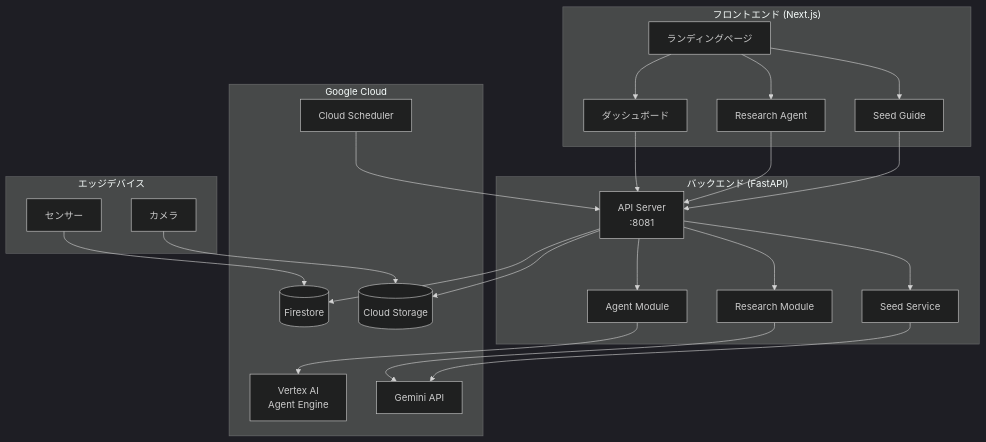
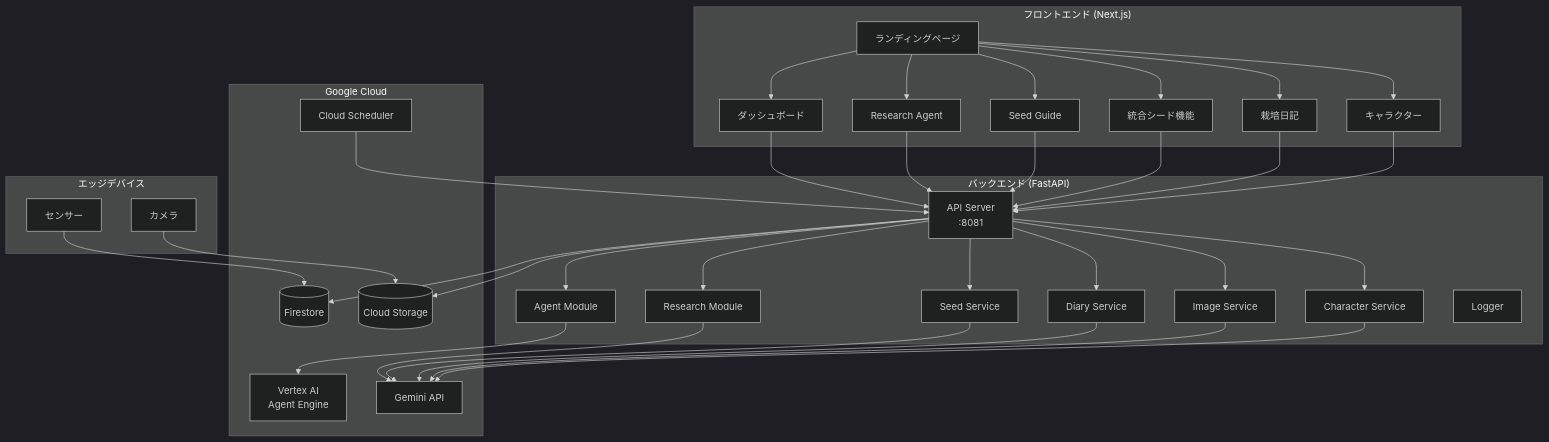
Before and after one commit to ai-agentic-hackathon-4/ai-batake-app: the first of 4 diagrams in README.md, drawn with Mermaid (dark theme). The commit also changed other lines of this file and 8 other files, not shown here.

Commit message:
feat: Introduce AI character generation, unified seed feature, automated daily growing diary, and update testing framework and documentation.

````diff
--- a/README.md
+++ b/README.md
@@ -137,53 +147,72 @@
 ```mermaid
 graph TB
     subgraph "フロントエンド (Next.js)"
         LP[ランディングページ]
         DB[ダッシュボード]
         RA[Research Agent]
         SG[Seed Guide]
+        UNI[統合シード機能]
+        DIARY[栽培日記]
+        CHAR[キャラクター]
     end
 
     subgraph "バックエンド (FastAPI)"
         API[API Server<br/>:8081]
         AGT[Agent Module]
         RES[Research Module]
         SEED[Seed Service]
+        DSVC[Diary Service]
+        ISVC[Image Service]
+        CSVC[Character Service]
+        LOG[Logger]
     end
 
     subgraph "Google Cloud"
         FS[(Firestore)]
         GCS[(Cloud Storage)]
         VAI[Vertex AI<br/>Agent Engine]
         GEM[Gemini API]
         SCH[Cloud Scheduler]
     end
 
     subgraph "エッジデバイス"
         SENS[センサー]
         CAM[カメラ]
     end
 
     LP --> DB
     LP --> RA
     LP --> SG
+    LP --> UNI
+    LP --> DIARY
+    LP --> CHAR
 
     DB --> API
     RA --> API
     SG --> API
+    UNI --> API
+    DIARY --> API
+    CHAR --> API
 
     API --> AGT
     API --> RES
     API --> SEED
+    API --> DSVC
+    API --> ISVC
+    API --> CSVC
 
     AGT --> VAI
     RES --> GEM
     SEED --> GEM
+    DSVC --> GEM
+    ISVC --> GEM
+    CSVC --> GEM
 
     API --> FS
     API --> GCS
 
     SCH --> API
 
     SENS --> FS
     CAM --> GCS
 ```
````
